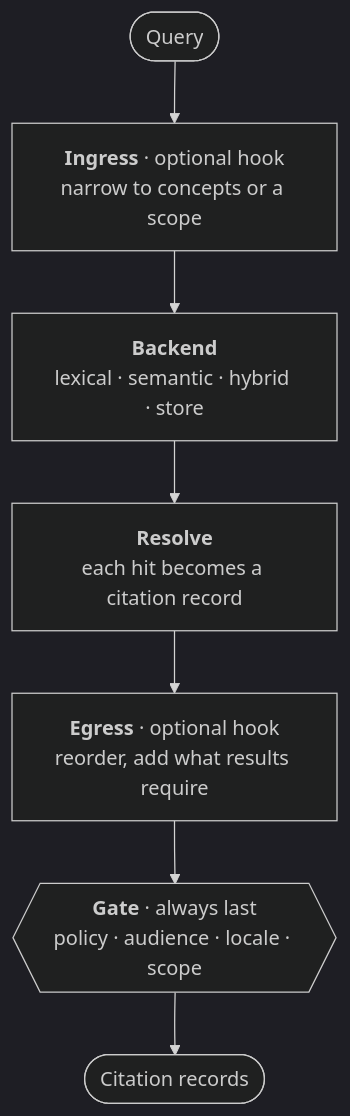
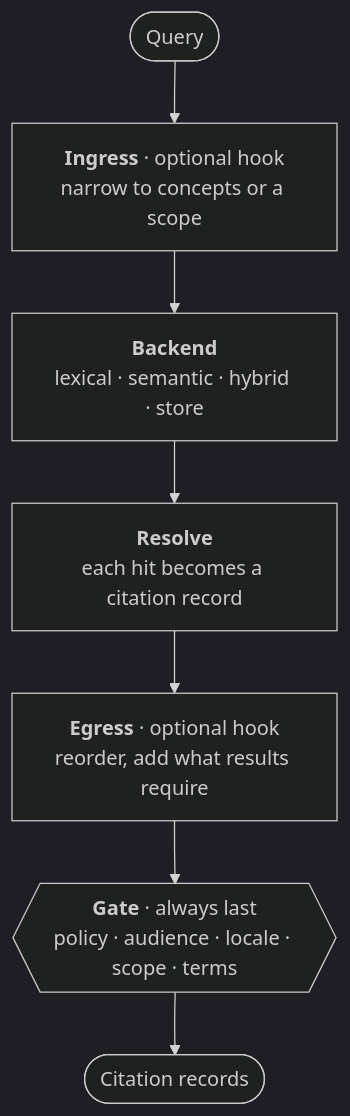
The fourth of 5 diagrams in docs/architecture.md (openmoca/moca-spec), drawn with Mermaid (dark theme) before and after one commit. The commit also changed other lines of this file and 11 other files, not shown here.

````diff
--- a/docs/architecture.md
+++ b/docs/architecture.md
@@ -129,9 +129,9 @@
 ```mermaid
 flowchart TB
   q(["Query"]) --> ingress["<b>Ingress</b> · optional hook<br/>narrow to concepts or a scope"]
   ingress --> backend["<b>Backend</b><br/>lexical · semantic · hybrid · store"]
   backend --> resolve["<b>Resolve</b><br/>each hit becomes a citation record"]
   resolve --> egress["<b>Egress</b> · optional hook<br/>reorder, add what results require"]
-  egress --> gate{{"<b>Gate</b> · always last<br/>policy · audience · locale · scope"}}
+  egress --> gate{{"<b>Gate</b> · always last<br/>policy · audience · locale · scope · terms"}}
   gate --> out(["Citation records"])
 ```
````
